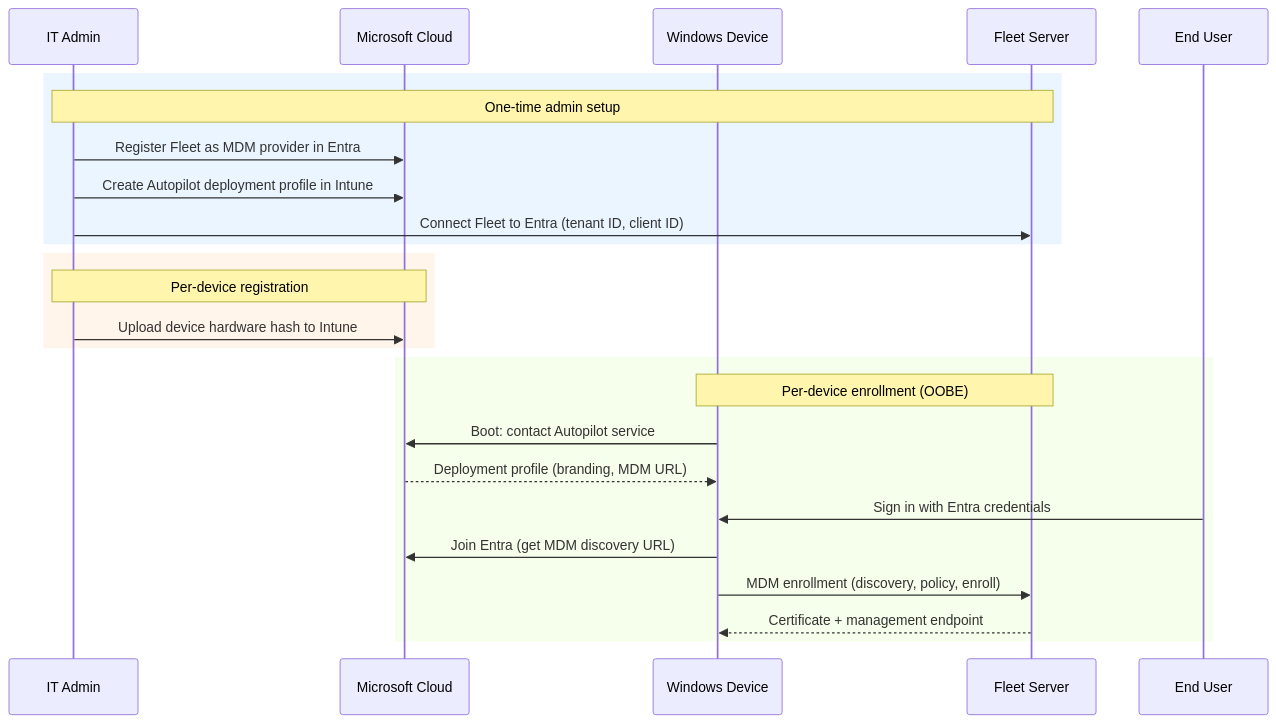
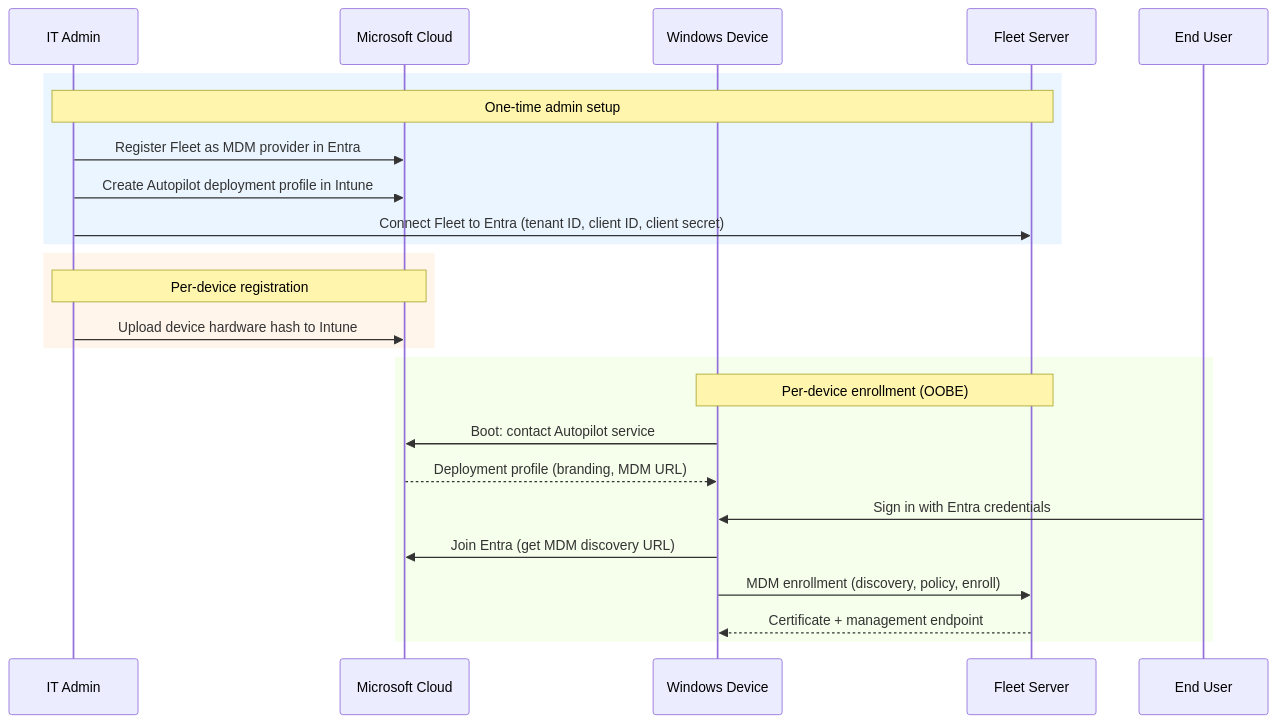
Before and after one commit to fleetdm/fleet: the second of 4 diagrams in docs/Contributing/product-groups/mdm/windows-autopilot-how-it-works.md, drawn with Mermaid. The commit also changed other lines of this file and 1 other file, not shown here.

````diff
--- a/docs/Contributing/product-groups/mdm/windows-autopilot-how-it-works.md
+++ b/docs/Contributing/product-groups/mdm/windows-autopilot-how-it-works.md
@@ -29,30 +29,30 @@
 ```mermaid
 sequenceDiagram
     participant Admin as IT Admin
     participant MS as Microsoft Cloud
     participant Win as Windows Device
     participant Fleet as Fleet Server
     participant User as End User
 
     rect rgb(235, 245, 255)
         note over Admin, Fleet: One-time admin setup
         Admin->>MS: Register Fleet as MDM provider in Entra
         Admin->>MS: Create Autopilot deployment profile in Intune
-        Admin->>Fleet: Connect Fleet to Entra (tenant ID, client ID)
+        Admin->>Fleet: Connect Fleet to Entra (tenant ID, client ID, client secret)
     end
 
     rect rgb(255, 245, 235)
         note over Admin, MS: Per-device registration
         Admin->>MS: Upload device hardware hash to Intune
     end
 
     rect rgb(245, 255, 235)
         note over Win, Fleet: Per-device enrollment (OOBE)
         Win->>MS: Boot: contact Autopilot service
         MS-->>Win: Deployment profile (branding, MDM URL)
         User->>Win: Sign in with Entra credentials
         Win->>MS: Join Entra (get MDM discovery URL)
         Win->>Fleet: MDM enrollment (discovery, policy, enroll)
         Fleet-->>Win: Certificate + management endpoint
     end
 ```
````
